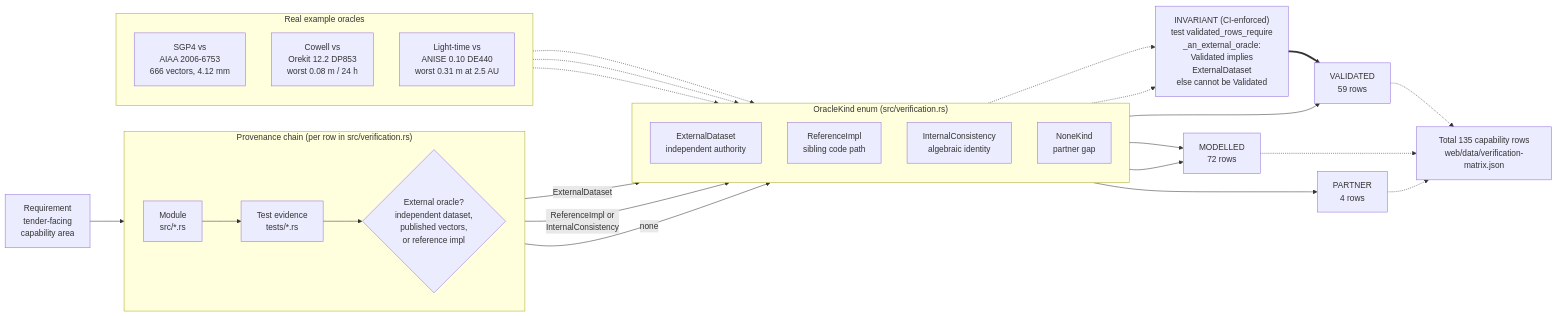
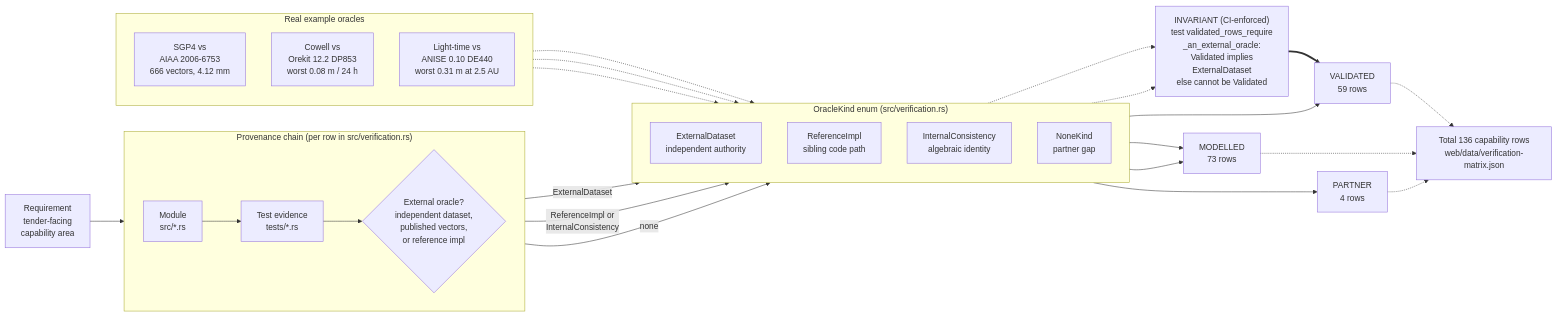
The diagram in docs/diagrams/validation-provenance.mmd (ashfordeOU/kshana), drawn with Mermaid before and after one commit. The commit also changed 34 other files, not shown here.

```diff
--- a/docs/diagrams/validation-provenance.mmd
+++ b/docs/diagrams/validation-provenance.mmd
@@ -1,49 +1,49 @@
 flowchart LR
     REQ["Requirement<br/>tender-facing<br/>capability area"]
 
     subgraph CHAIN["Provenance chain (per row in src/verification.rs)"]
         direction LR
         MOD["Module<br/>src/*.rs"]
         TST["Test evidence<br/>tests/*.rs"]
         ORA{"External oracle?<br/>independent dataset,<br/>published vectors,<br/>or reference impl"}
     end
 
     REQ --> MOD --> TST --> ORA
 
     subgraph KINDS["OracleKind enum (src/verification.rs)"]
         direction TD
         EXT["ExternalDataset<br/>independent authority"]
         REF["ReferenceImpl<br/>sibling code path"]
         INT["InternalConsistency<br/>algebraic identity"]
         NON["NoneKind<br/>partner gap"]
     end
 
     ORA -->|ExternalDataset| EXT
     ORA -->|"ReferenceImpl or<br/>InternalConsistency"| INT
     ORA -->|none| NON
 
     GUARD["INVARIANT (CI-enforced)<br/>test validated_rows_require<br/>_an_external_oracle:<br/>Validated implies<br/>ExternalDataset<br/>else cannot be Validated"]
     EXT -.-> GUARD
     INT -.-> GUARD
 
     EXT --> VAL["VALIDATED<br/>59 rows"]
-    REF --> MDL["MODELLED<br/>72 rows"]
+    REF --> MDL["MODELLED<br/>73 rows"]
     INT --> MDL
     NON --> PRT["PARTNER<br/>4 rows"]
     GUARD ==> VAL
 
     subgraph EX["Real example oracles"]
         direction TD
         E1["SGP4 vs<br/>AIAA 2006-6753<br/>666 vectors, 4.12 mm"]
         E2["Cowell vs<br/>Orekit 12.2 DP853<br/>worst 0.08 m / 24 h"]
         E3["Light-time vs<br/>ANISE 0.10 DE440<br/>worst 0.31 m at 2.5 AU"]
     end
 
     E1 -.-> EXT
     E2 -.-> EXT
     E3 -.-> EXT
 
-    TOTAL["Total 135 capability rows<br/>web/data/verification-matrix.json"]
+    TOTAL["Total 136 capability rows<br/>web/data/verification-matrix.json"]
     VAL -.-> TOTAL
     MDL -.-> TOTAL
     PRT -.-> TOTAL
```
